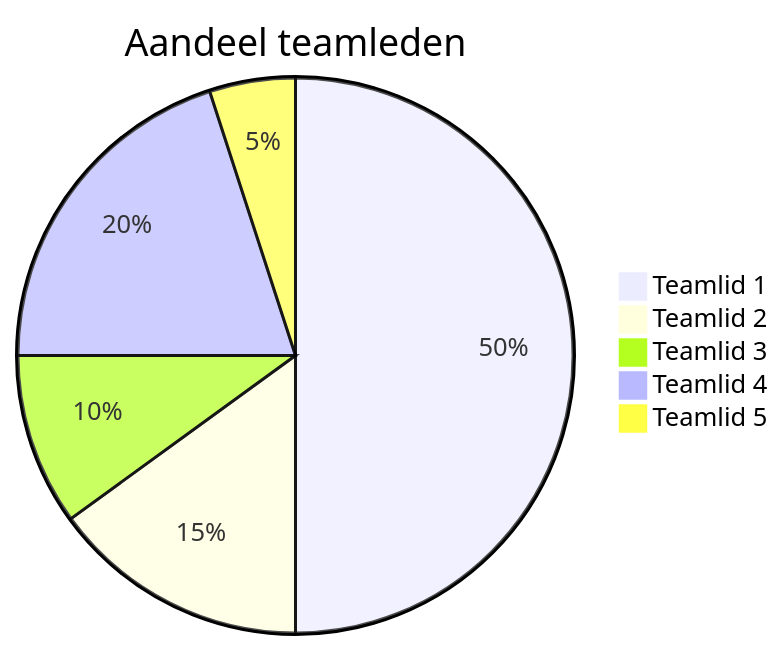
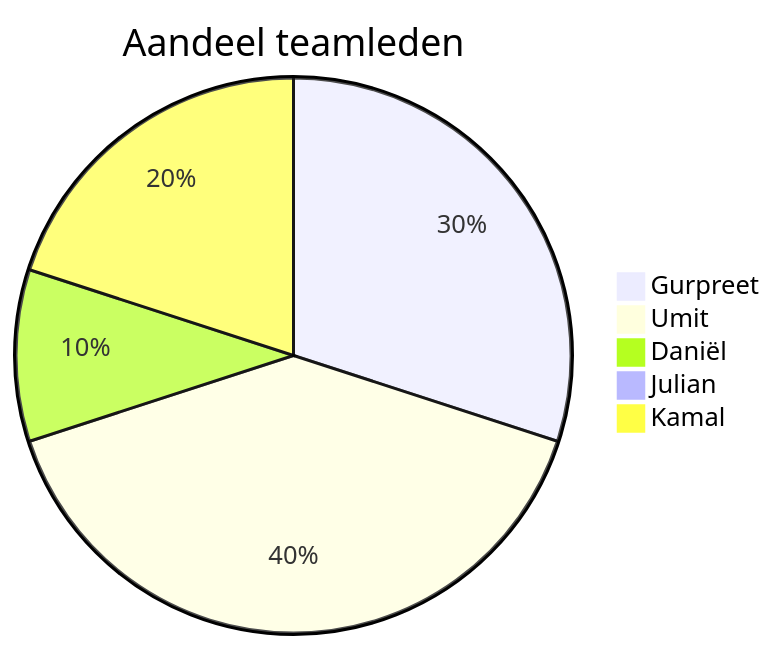
One commit to guruITA/lucastars-escape-room-game changed the diagram in docs/Retro/Sprint 1/Retrospective sprint 0.md. Above: the diagram before and after it, drawn with Mermaid. The commit also changed other lines of this file, not shown here.

````diff
--- a/docs/Retro/Sprint 1/Retrospective sprint 0.md
+++ b/docs/Retro/Sprint 1/Retrospective sprint 0.md
@@ -29,9 +37,9 @@
 ```mermaid
 pie
     title Aandeel teamleden
-    "Teamlid 1" : 50
-    "Teamlid 2" : 15
-    "Teamlid 3" : 10
-    "Teamlid 4" : 20
-    "Teamlid 5" : 5
+    "Gurpreet" : 30
+    "Umit" : 40
+    "Daniël" : 10
+    "Julian" : 0
+    "Kamal" : 20
 ```
````
